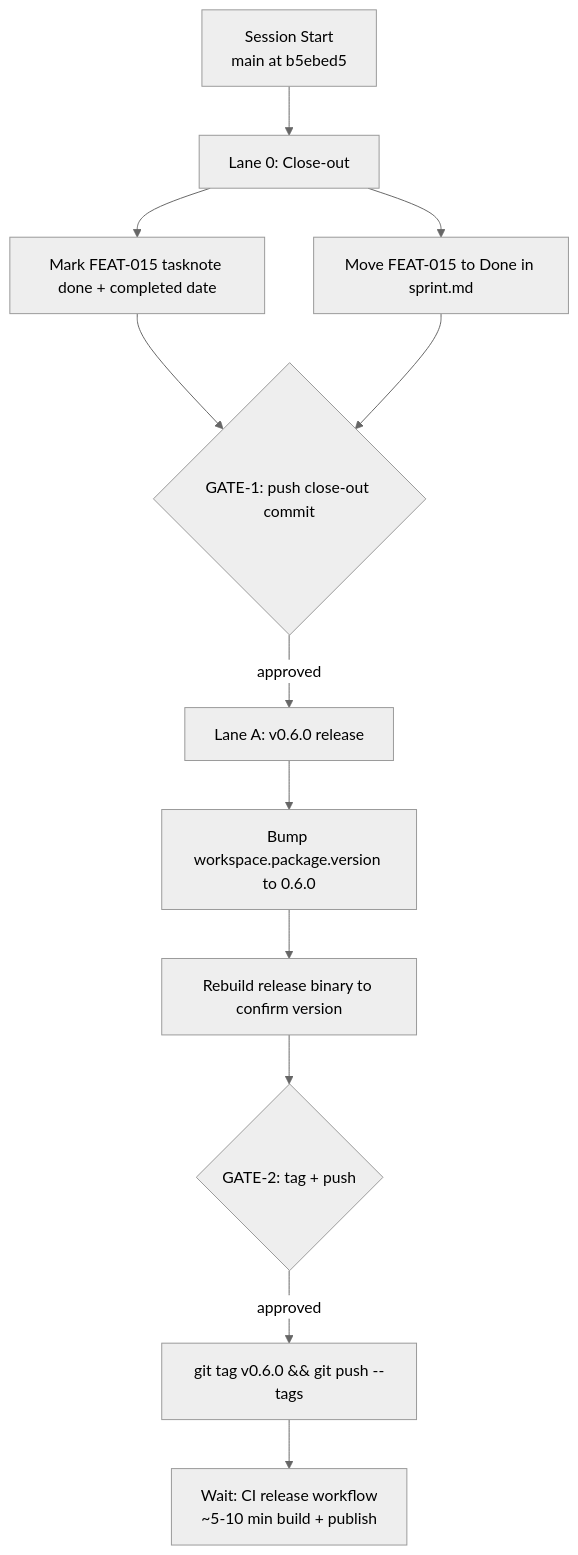
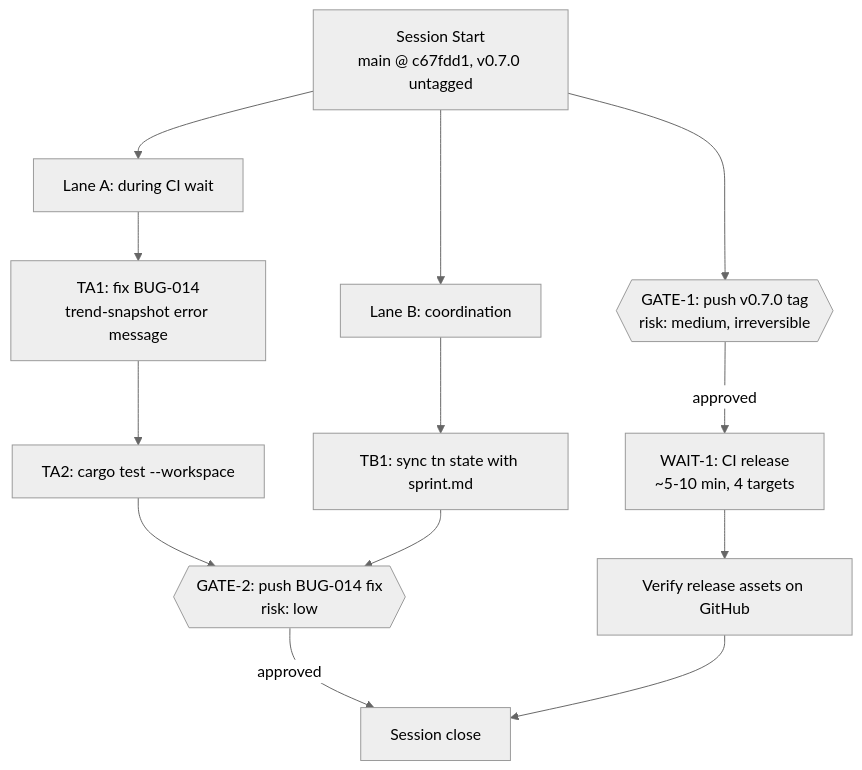
The diagram in .claude/session-brief.md (parisgroup-ai/graphify), drawn with Mermaid (neutral theme) before and after one commit. The commit also changed other lines of this file and 5 other files, not shown here.

````diff
--- a/.claude/session-brief.md
+++ b/.claude/session-brief.md
@@ -12,14 +16,18 @@
 ```mermaid
 graph TD
-    START[Session Start<br/>main at b5ebed5] --> LANE_0[Lane 0: Close-out]
-    LANE_0 --> T0A[Mark FEAT-015 tasknote done + completed date]
-    LANE_0 --> T0B[Move FEAT-015 to Done in sprint.md]
-    T0A & T0B --> GATE1{GATE-1: push close-out commit}
+    START[Session Start<br/>main @ c67fdd1, v0.7.0 untagged] --> GATE1{{GATE-1: push v0.7.0 tag<br/>risk: medium, irreversible}}
+    GATE1 -->|approved| WAIT1[WAIT-1: CI release<br/>~5-10 min, 4 targets]
 
-    GATE1 -->|approved| LANE_A[Lane A: v0.6.0 release]
-    LANE_A --> TA1[Bump workspace.package.version to 0.6.0]
-    TA1 --> TA2[Rebuild release binary to confirm version]
-    TA2 --> GATE2{GATE-2: tag + push}
-    GATE2 -->|approved| TA3[git tag v0.6.0 && git push --tags]
-    TA3 --> WAIT1[Wait: CI release workflow<br/>~5-10 min build + publish]
+    START --> LANE_A[Lane A: during CI wait]
+    LANE_A --> TA1[TA1: fix BUG-014<br/>trend-snapshot error message]
+    TA1 --> TA2[TA2: cargo test --workspace]
+
+    START --> LANE_B[Lane B: coordination]
+    LANE_B --> TB1[TB1: sync tn state with sprint.md]
+
+    WAIT1 --> VERIFY[Verify release assets on GitHub]
+    TA2 --> GATE2{{GATE-2: push BUG-014 fix<br/>risk: low}}
+    TB1 --> GATE2
+    GATE2 -->|approved| DONE[Session close]
+    VERIFY --> DONE
 ```
````
